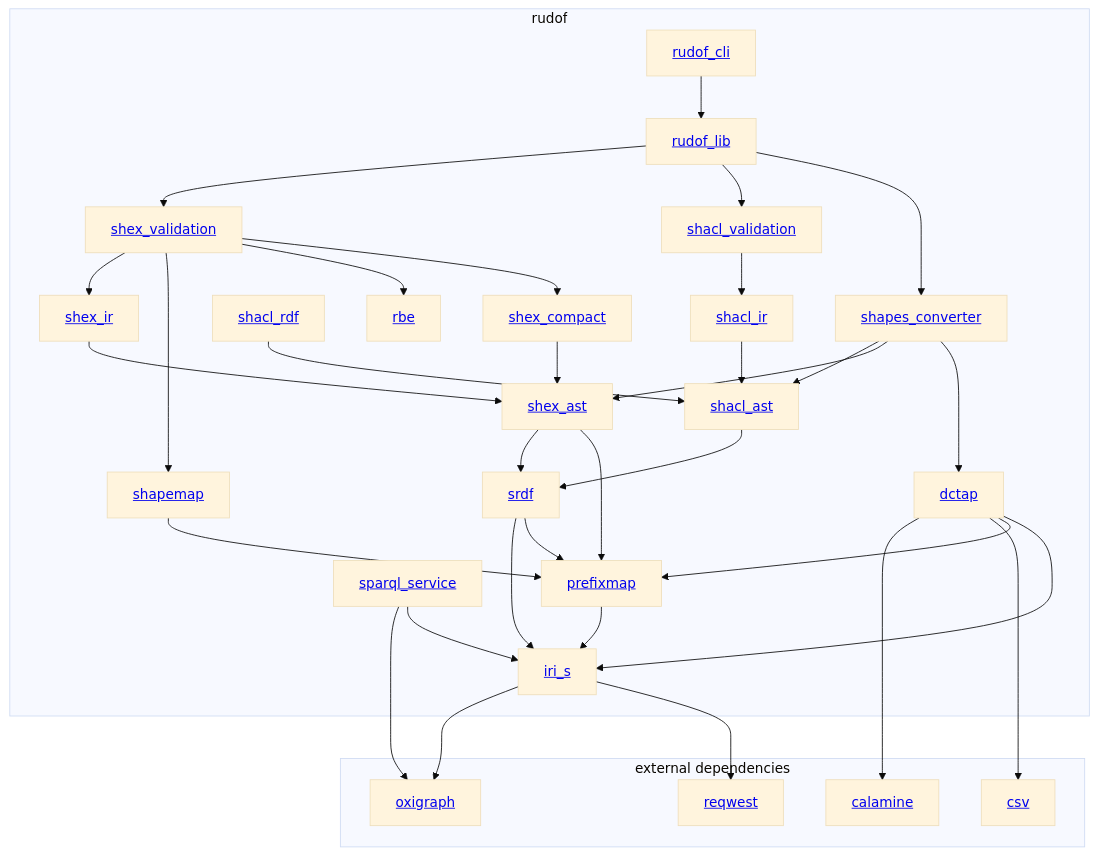
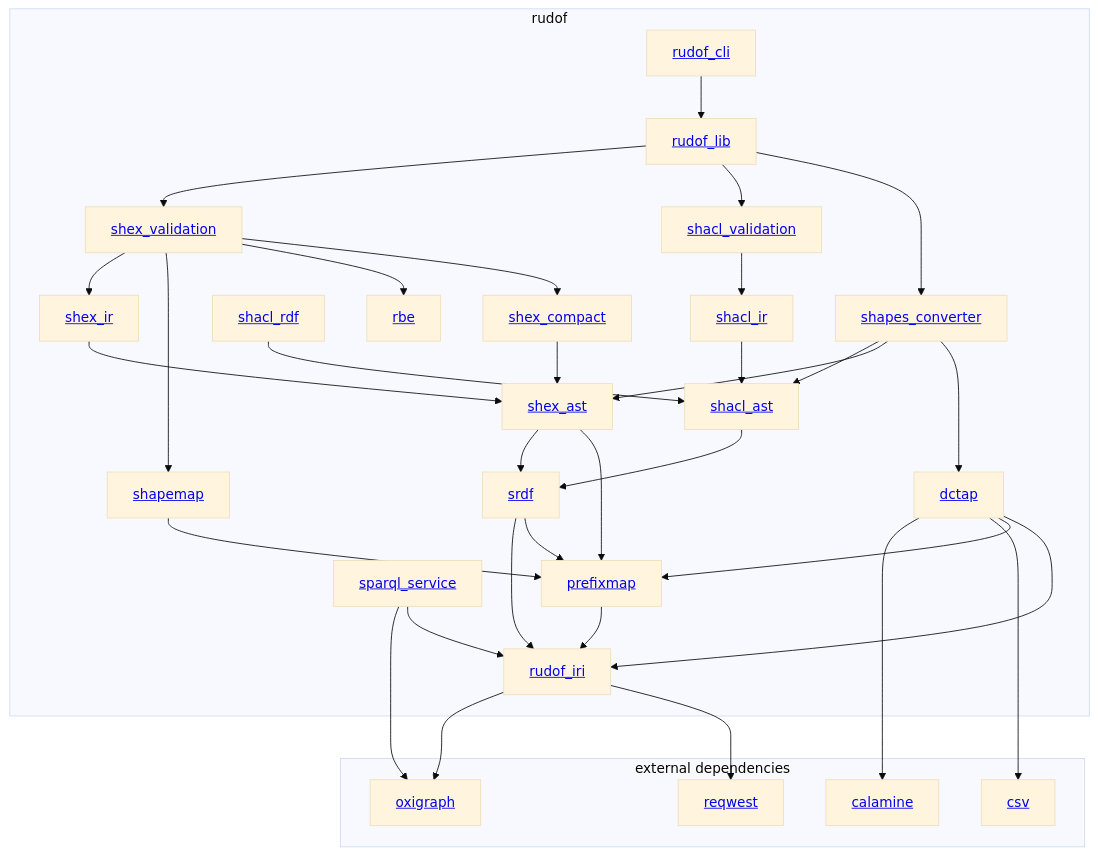
Before and after one commit to rudof-project/rudof: the diagram in docs/src/internals/architecture.md, drawn with Mermaid (base theme). The commit also changed 209 other files, not shown here.

Commit message:
refactor: moved iri_s crate to rudof_iri

````diff
--- a/docs/src/internals/architecture.md
+++ b/docs/src/internals/architecture.md
@@ -5,61 +5,61 @@
 ```mermaid
 graph TD;
- iri_s --> oxigraph;
- iri_s --> reqwest ;
+ rudof_iri --> oxigraph;
+ rudof_iri --> reqwest ;
  dctap --> calamine ;
  dctap --> csv ;
  sparql_service --> oxigraph ;
 subgraph rudof
     rudof_lib[<a href='https://crates.io/crates/rudof_lib'>rudof_lib</a>];
     rudof_cli[<a href='https://crates.io/crates/rudof_cli'>rudof_cli</a>];
     shex_ast[<a href='https://crates.io/crates/shex_ast'>shex_ast</a>];
     srdf[<a href='https://crates.io/crates/srdf'>srdf</a>];
     shex_compact[<a href='https://crates.io/crates/shex_compact'>shex_compact</a>];
     shex_ir[<a href='https://crates.io/crates/shex_ir'>shex_ir</a>];
     shex_validation[<a href='https://crates.io/crates/shex_validation'>shex_validation</a>];
     shacl_validation[<a href='https://crates.io/crates/shacl_validation'>shacl_validation</a>];
     shacl_ast[<a href='https://crates.io/crates/shacl_ast'>shacl_ast</a>];
     shacl_rdf[<a href='https://crates.io/crates/shacl_rdf'>shacl_rdf</a>];
     shacl_ir[<a href='https://crates.io/crates/shacl_ir'>shacl_ir</a>];
-    iri_s[<a href='https://crates.io/crates/iri_s'>iri_s</a>];
+    rudof_iri[<a href='https://crates.io/crates/rudof_iri'>rudof_iri</a>];
     prefixmap[<a href='https://crates.io/crates/prefixmap'>prefixmap</a>];
     shapemap[<a href='https://crates.io/crates/shapemap'>shapemap</a>];
     rbe[<a href='https://crates.io/crates/rbe'>rbe</a>];
     shapes_converter[<a href='https://crates.io/crates/shapes_converter'>shapes_converter</a>];
  dctap[<a href='https://crates.io/crates/dctap'>dctap</a>];
  sparql_service[<a href='https://crates.io/crates/sparql_service'>sparql_service</a>];
 
  rudof_cli --> rudof_lib ;
  shex_ast --> srdf ;
  shex_compact-->shex_ast;
  shex_ir-->shex_ast;
  shex_validation-->shex_ir;
- srdf-->iri_s;
+ srdf-->rudof_iri;
  shacl_ast-->srdf;
  shacl_rdf-->shacl_ast;
  shacl_ir-->shacl_ast;
  shacl_validation-->shacl_ir;
  shex_validation-->shapemap;
  shapemap-->prefixmap;
  shex_ast-->prefixmap;
  srdf-->prefixmap;
  shex_validation-->rbe;
  dctap-->prefixmap;
- dctap --> iri_s;
+ dctap --> rudof_iri;
  shapes_converter-->shacl_ast;
  shapes_converter-->shex_ast;
  shapes_converter-->dctap;
- prefixmap --> iri_s ;
+ prefixmap --> rudof_iri ;
  shex_validation --> shex_compact
- sparql_service --> iri_s ;
+ sparql_service --> rudof_iri ;
  rudof_lib --> shex_validation ;
  rudof_lib --> shacl_validation ;
  rudof_lib --> shapes_converter ;
 end
 subgraph external dependencies
  oxigraph[<a href='https://crates.io/crates/oxigraph'>oxigraph</a>] ;
  calamine[<a href='https://docs.rs/calamine/latest/calamine/'>calamine</a>] ;
  reqwest[<a href='https://docs.rs/reqwest/latest/reqwest/'>reqwest</a>] ;
  csv[<a href='https://docs.rs/csv/latest/csv/'>csv</a>]
 end
 ```
````
